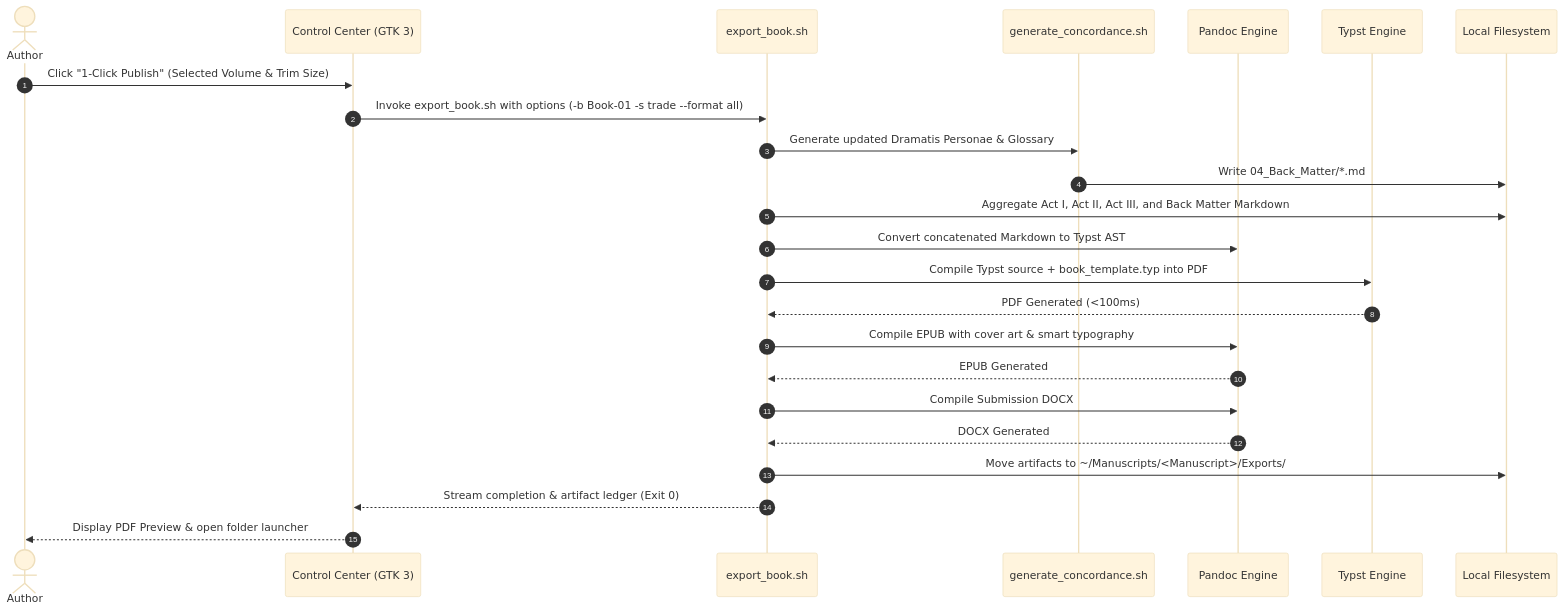
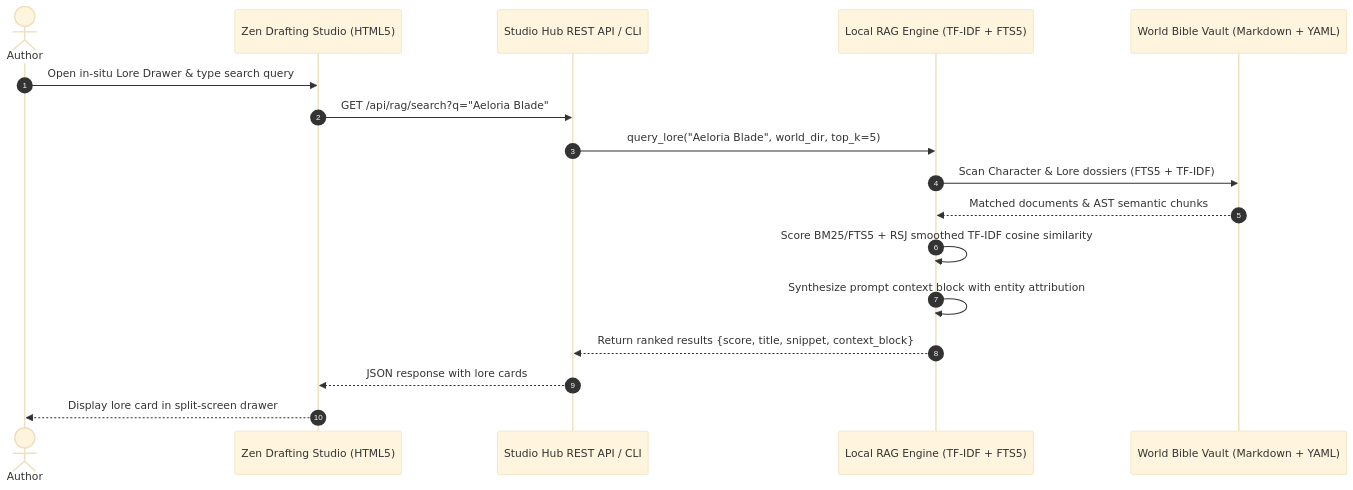
One commit to aryansinghnagar/Scriptorium changed the third of 6 diagrams in docs/ARCHITECTURE.md. Above: the diagram before and after it, drawn with Mermaid (base theme). The commit also changed other lines of this file and 301 other files, not shown here.

````diff
--- a/docs/ARCHITECTURE.md
+++ b/docs/ARCHITECTURE.md
@@ -245,27 +317,20 @@
 ```mermaid
 sequenceDiagram
     autonumber
     actor Author
-    participant GUI as Control Center (GTK 3)
-    participant Engine as export_book.sh
-    participant Concordance as generate_concordance.sh
-    participant Pandoc as Pandoc Engine
-    participant Typst as Typst Engine
-    participant FS as Local Filesystem
+    participant ZenStudio as Zen Drafting Studio (HTML5)
+    participant Hub as Studio Hub REST API / CLI
+    participant RAG as Local RAG Engine (TF-IDF + FTS5)
+    participant Vault as World Bible Vault (Markdown + YAML)
 
-    Author->>GUI: Click "1-Click Publish" (Selected Volume & Trim Size)
-    GUI->>Engine: Invoke export_book.sh with options (-b Book-01 -s trade --format all)
-    Engine->>Concordance: Generate updated Dramatis Personae & Glossary
-    Concordance->>FS: Write 04_Back_Matter/*.md
-    Engine->>FS: Aggregate Act I, Act II, Act III, and Back Matter Markdown
-    Engine->>Pandoc: Convert concatenated Markdown to Typst AST
-    Engine->>Typst: Compile Typst source + book_template.typ into PDF
-    Typst-->>Engine: PDF Generated (<100ms)
-    Engine->>Pandoc: Compile EPUB with cover art & smart typography
-    Pandoc-->>Engine: EPUB Generated
-    Engine->>Pandoc: Compile Submission DOCX
-    Pandoc-->>Engine: DOCX Generated
-    Engine->>FS: Move artifacts to ~/Manuscripts/<Manuscript>/Exports/
-    Engine-->>GUI: Stream completion & artifact ledger (Exit 0)
-    GUI-->>Author: Display PDF Preview & open folder launcher
+    Author->>ZenStudio: Open in-situ Lore Drawer & type search query
+    ZenStudio->>Hub: GET /api/rag/search?q="Aeloria Blade"
+    Hub->>RAG: query_lore("Aeloria Blade", world_dir, top_k=5)
+    RAG->>Vault: Scan Character & Lore dossiers (FTS5 + TF-IDF)
+    Vault-->>RAG: Matched documents & AST semantic chunks
+    RAG->>RAG: Score BM25/FTS5 + RSJ smoothed TF-IDF cosine similarity
+    RAG->>RAG: Synthesize prompt context block with entity attribution
+    RAG-->>Hub: Return ranked results {score, title, snippet, context_block}
+    Hub-->>ZenStudio: JSON response with lore cards
+    ZenStudio-->>Author: Display lore card in split-screen drawer
 ```
````
